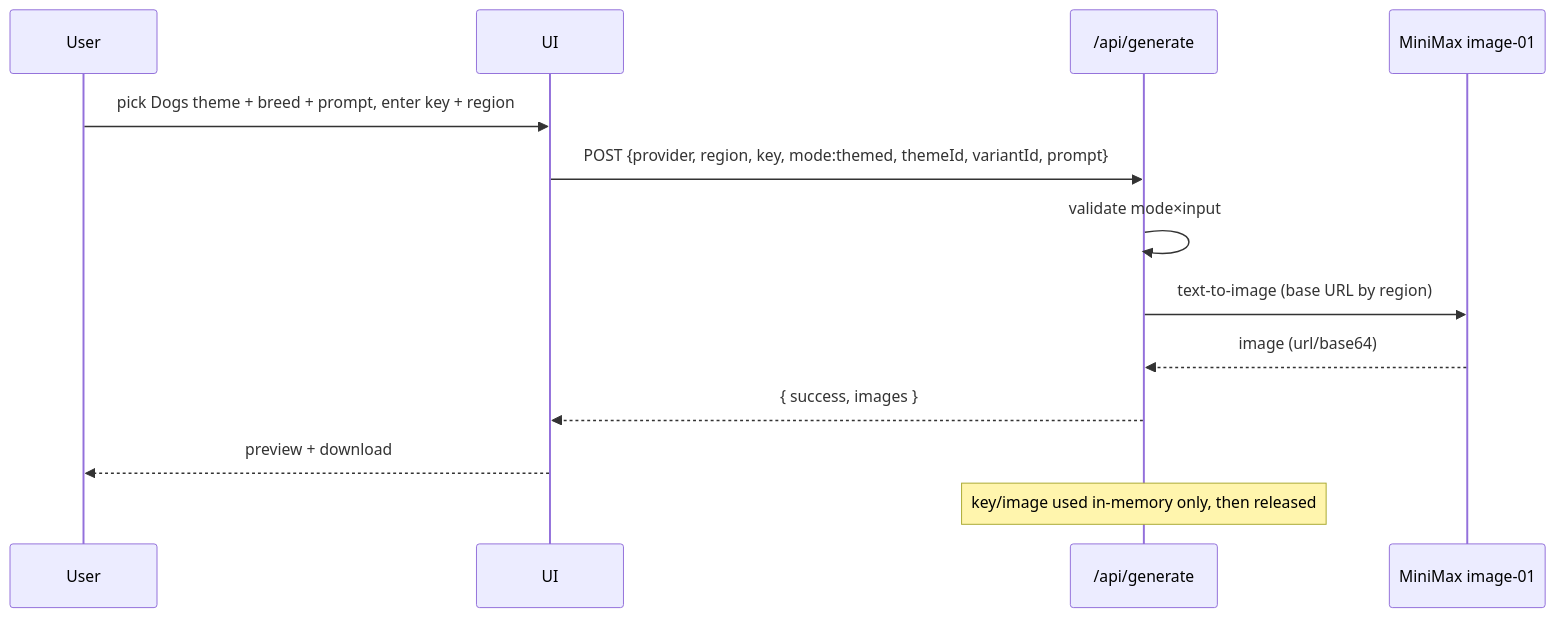
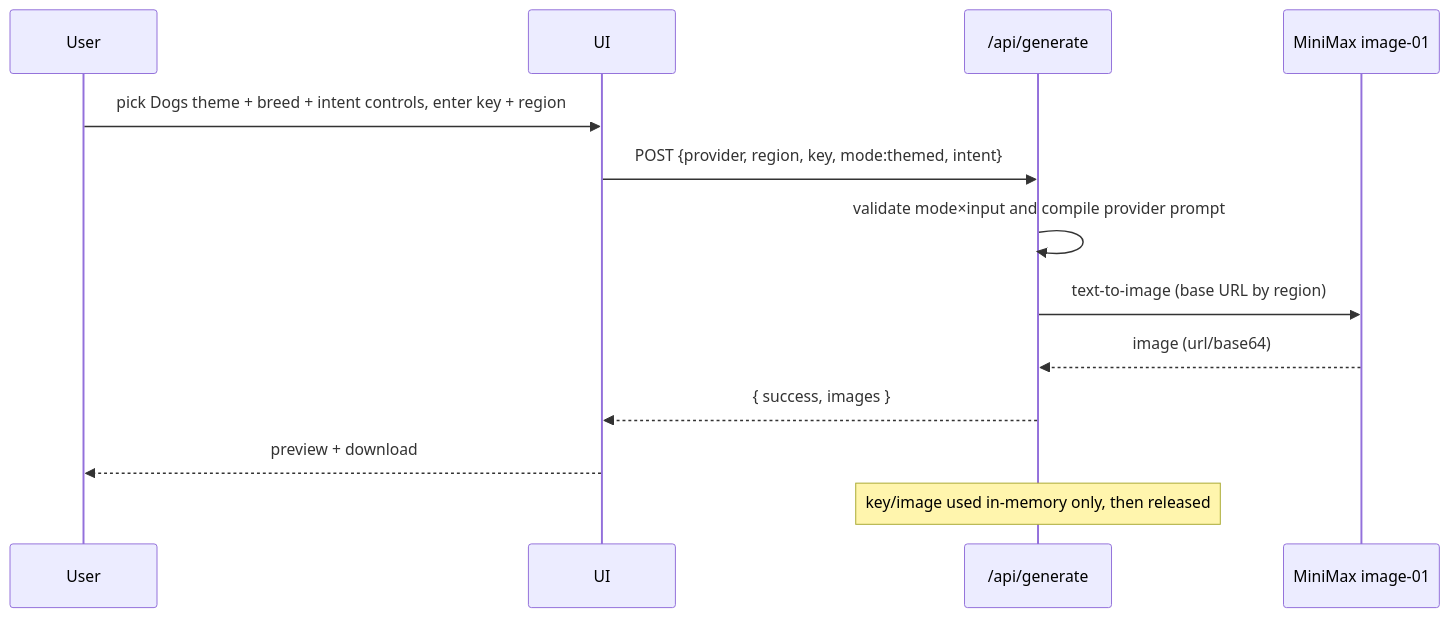
Before and after one commit to simi-studio/avatar: the second of 2 diagrams in docs/architecture.md, drawn with Mermaid. The commit also changed other lines of this file and 54 other files, not shown here.

Commit message:
feat(generate): add avatar intent compiler and refinement controls

````diff
--- a/docs/architecture.md
+++ b/docs/architecture.md
@@ -93,15 +101,15 @@
 ```mermaid
 sequenceDiagram
   participant U as User
   participant FE as UI
   participant API as /api/generate
   participant P as MiniMax image-01
-  U->>FE: pick Dogs theme + breed + prompt, enter key + region
-  FE->>API: POST {provider, region, key, mode:themed, themeId, variantId, prompt}
-  API->>API: validate mode×input
+  U->>FE: pick Dogs theme + breed + intent controls, enter key + region
+  FE->>API: POST {provider, region, key, mode:themed, intent}
+  API->>API: validate mode×input and compile provider prompt
   API->>P: text-to-image (base URL by region)
   P-->>API: image (url/base64)
   API-->>FE: { success, images }
   FE-->>U: preview + download
   Note over API: key/image used in-memory only, then released
 ```
````
